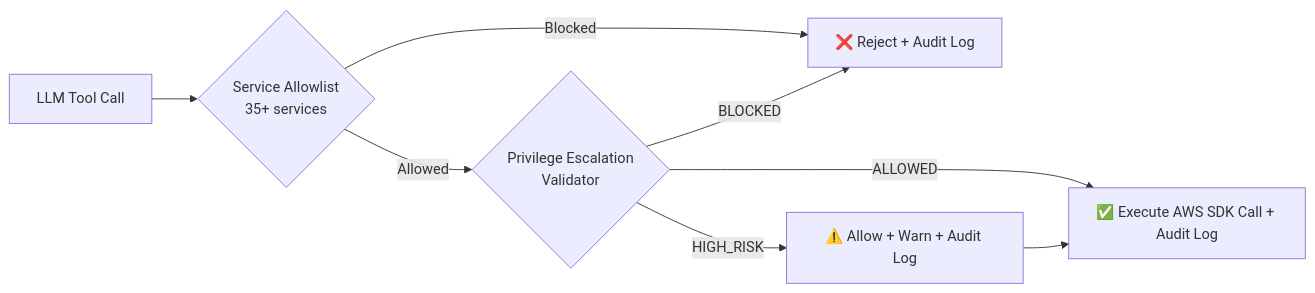
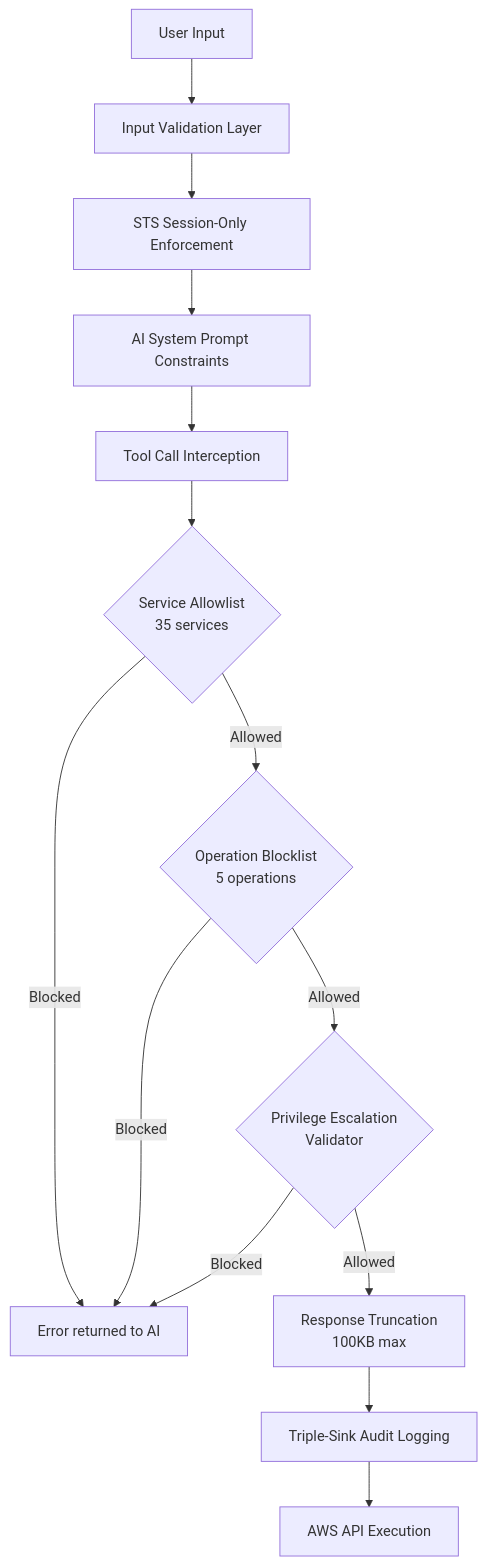
The eighth of 21 diagrams in TECHNICAL_DOCUMENTATION.md (ritvikindupuri/aws-ai-agent), drawn with Mermaid before and after one commit. The commit also changed other lines of this file, not shown here.

````diff
--- a/TECHNICAL_DOCUMENTATION.md
+++ b/TECHNICAL_DOCUMENTATION.md
@@ -832,10 +810,16 @@
 ```mermaid
-flowchart LR
-    A[LLM Tool Call] --> B{Service Allowlist<br/>35+ services}
-    B -->|Blocked| C[❌ Reject + Audit Log]
-    B -->|Allowed| D{Privilege Escalation<br/>Validator}
-    D -->|BLOCKED| C
-    D -->|HIGH_RISK| E[⚠️ Allow + Warn + Audit Log]
-    D -->|ALLOWED| F[✅ Execute AWS SDK Call + Audit Log]
-    E --> F
+flowchart TD
+    A[User Input] --> B[Input Validation Layer]
+    B --> C[STS Session-Only Enforcement]
+    C --> D[AI System Prompt Constraints]
+    D --> E[Tool Call Interception]
+    E --> F{Service Allowlist<br/>35 services}
+    F -- Blocked --> G[Error returned to AI]
+    F -- Allowed --> H{Operation Blocklist<br/>5 operations}
+    H -- Blocked --> G
+    H -- Allowed --> I{Privilege Escalation<br/>Validator}
+    I -- Blocked --> G
+    I -- Allowed --> J[Response Truncation<br/>100KB max]
+    J --> K[Triple-Sink Audit Logging]
+    K --> L[AWS API Execution]
 ```
````
